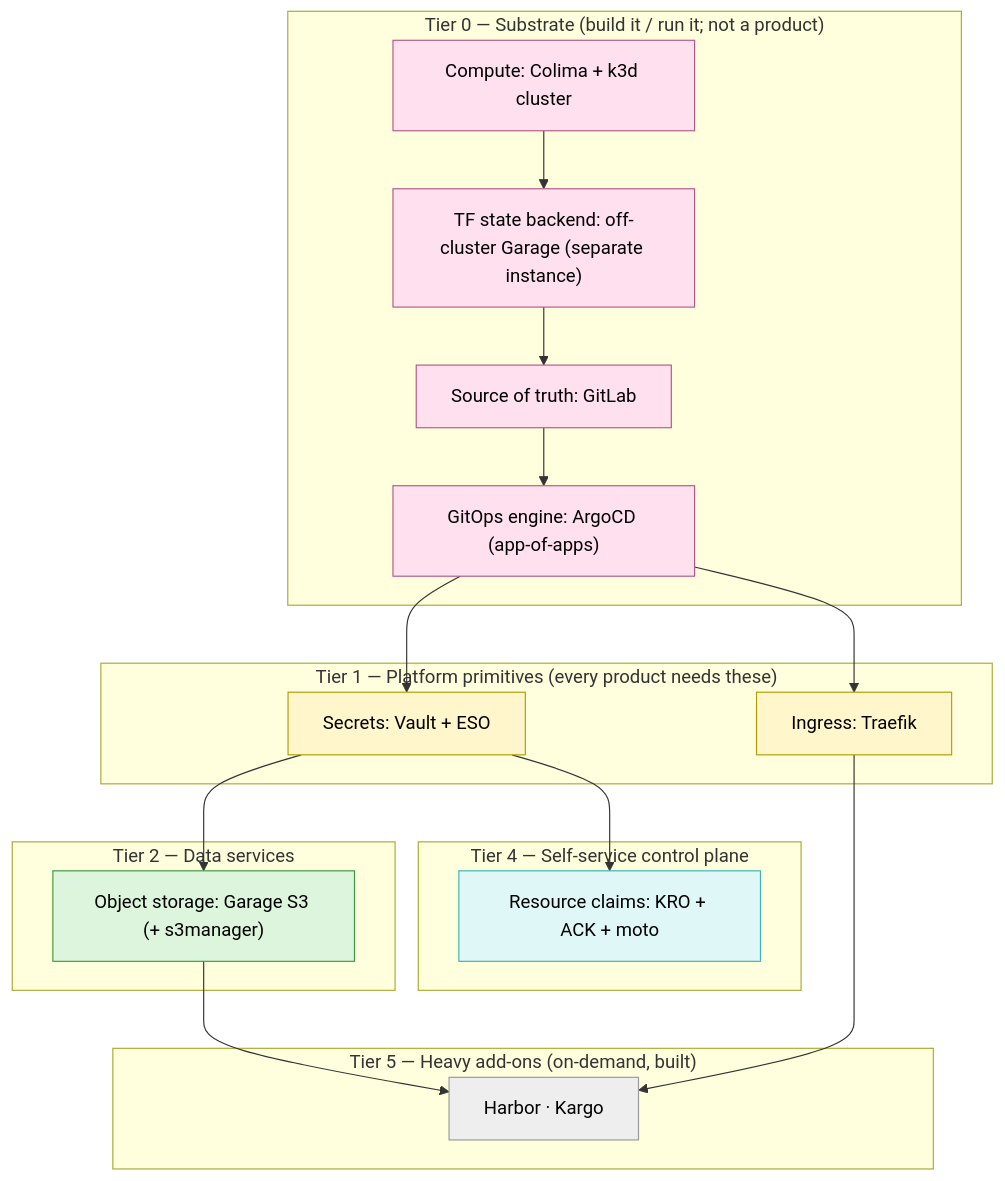
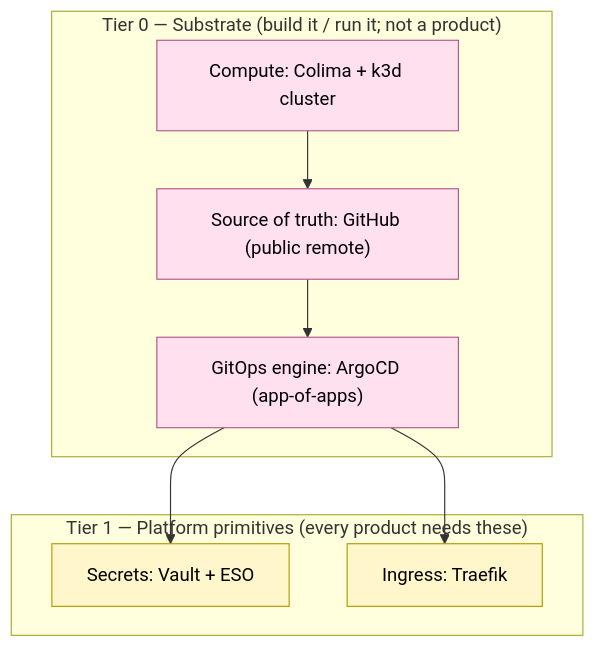
Before and after one commit to tooming/k8s-anywhere: the diagram in docs/platform-products.md, drawn with Mermaid. The commit also changed other lines of this file and 353 other files, not shown here.

````diff
--- a/docs/platform-products.md
+++ b/docs/platform-products.md
@@ -56,35 +50,18 @@
 ```mermaid
 graph TD
   classDef sub fill:#ffe0ef,stroke:#b3598a,color:#000
   classDef prim fill:#fff6cc,stroke:#b39b00,color:#000
-  classDef data fill:#dcf5dc,stroke:#3b9b3b,color:#000
-  classDef ss fill:#e0f7f7,stroke:#3bb3b3,color:#000
-  classDef plan fill:#eeeeee,stroke:#999,color:#000
 
   subgraph T0["Tier 0 — Substrate (build it / run it; not a product)"]
     compute["Compute: Colima + k3d cluster"]:::sub
-    state["TF state backend: off-cluster Garage (separate instance)"]:::sub
-    scm["Source of truth: GitLab"]:::sub
+    scm["Source of truth: GitHub (public remote)"]:::sub
     cd["GitOps engine: ArgoCD (app-of-apps)"]:::sub
   end
   subgraph T1["Tier 1 — Platform primitives (every product needs these)"]
     secrets["Secrets: Vault + ESO"]:::prim
     ingress["Ingress: Traefik"]:::prim
   end
-  subgraph T2["Tier 2 — Data services"]
-    s3["Object storage: Garage S3 (+ s3manager)"]:::data
-  end
-  subgraph T4["Tier 4 — Self-service control plane"]
-    claims["Resource claims: KRO + ACK + moto"]:::ss
-  end
-  subgraph T5["Tier 5 — Heavy add-ons (on-demand, built)"]
-    heavy["Harbor · Kargo"]:::plan
-  end
 
-  compute --> state --> scm --> cd
+  compute --> scm --> cd
   cd --> secrets & ingress
-  secrets --> s3
-  secrets --> claims
-  ingress --> heavy
-  s3 --> heavy
 ```
````
